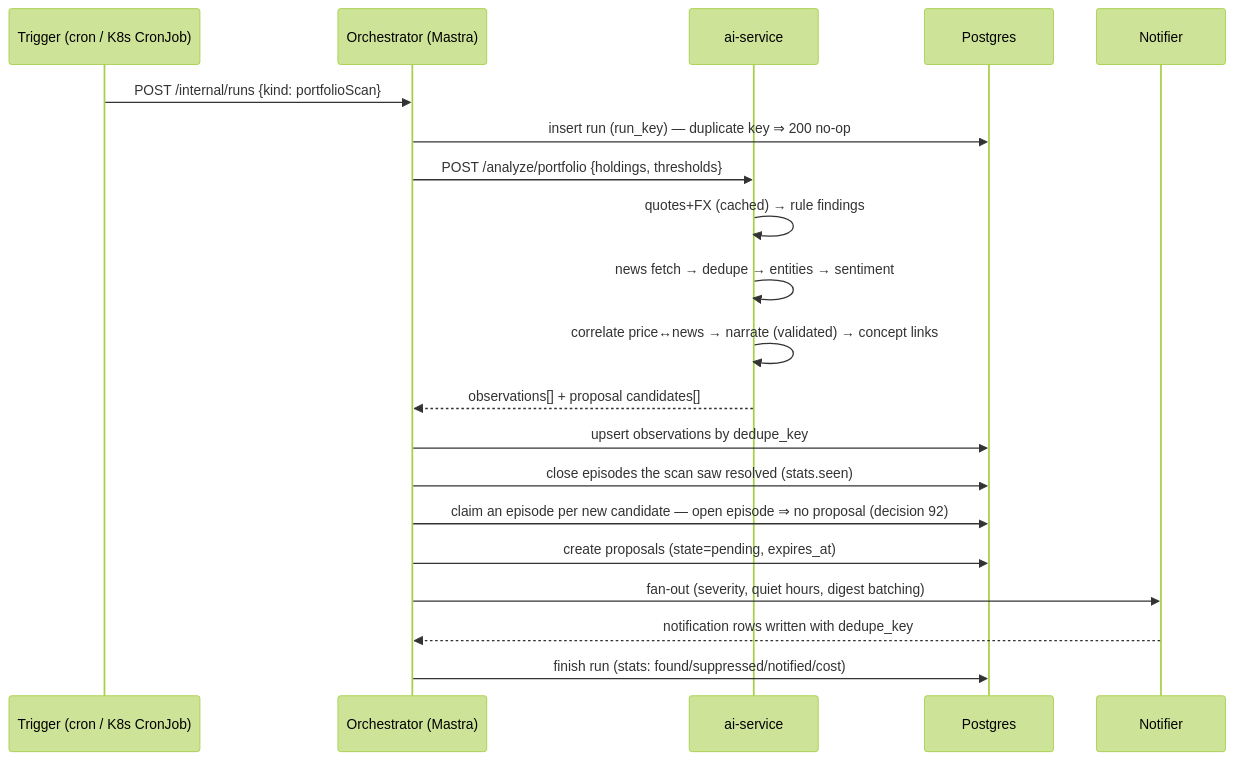
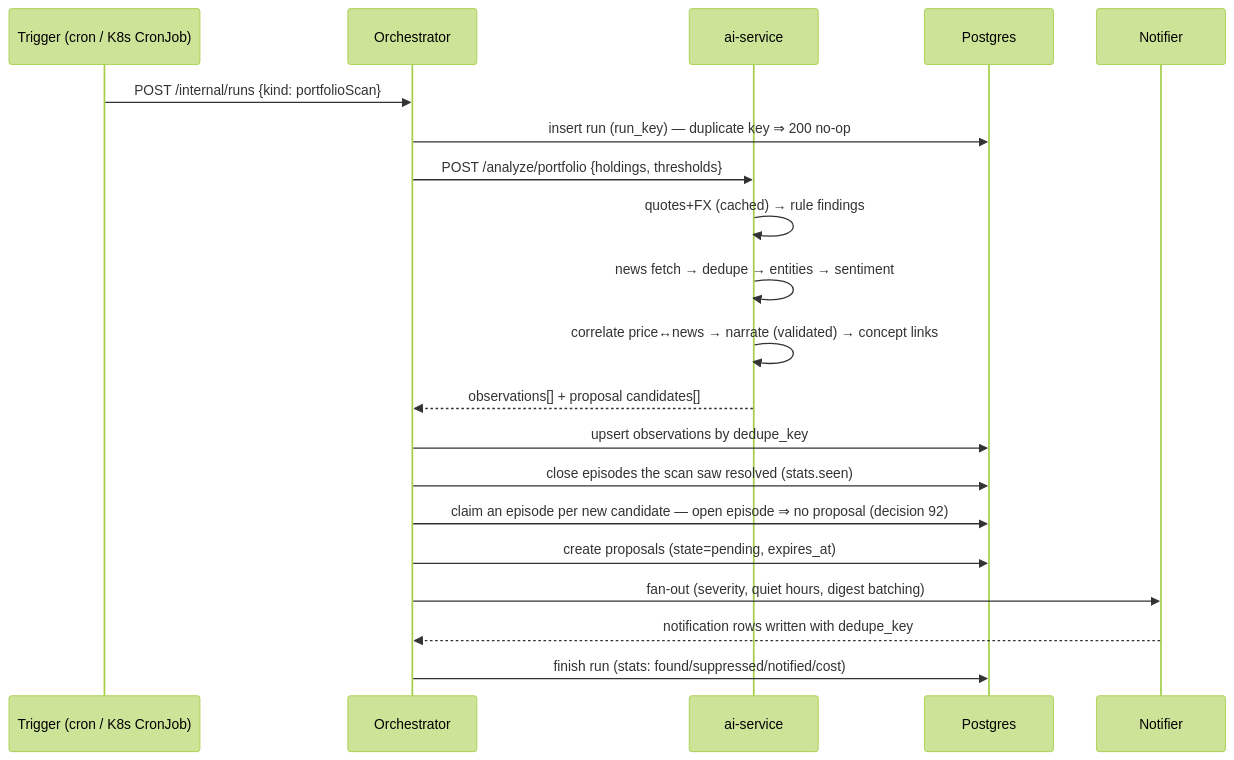
Before and after one commit to barakfisher/Trader: the second of 6 diagrams in docs/FLOWS.md, drawn with Mermaid (forest theme). The commit also changed 23 other files, not shown here.

````diff
--- a/docs/FLOWS.md
+++ b/docs/FLOWS.md
@@ -36,22 +36,22 @@
 ```mermaid
 sequenceDiagram
   participant T as Trigger (cron / K8s CronJob)
-  participant O as Orchestrator (Mastra)
+  participant O as Orchestrator
   participant A as ai-service
   participant DB as Postgres
   participant N as Notifier
   T->>O: POST /internal/runs {kind: portfolioScan}
   O->>DB: insert run (run_key) — duplicate key ⇒ 200 no-op
   O->>A: POST /analyze/portfolio {holdings, thresholds}
   A->>A: quotes+FX (cached) → rule findings
   A->>A: news fetch → dedupe → entities → sentiment
   A->>A: correlate price↔news → narrate (validated) → concept links
   A-->>O: observations[] + proposal candidates[]
   O->>DB: upsert observations by dedupe_key
   O->>DB: close episodes the scan saw resolved (stats.seen)
   O->>DB: claim an episode per new candidate — open episode ⇒ no proposal (decision 92)
   O->>DB: create proposals (state=pending, expires_at)
   O->>N: fan-out (severity, quiet hours, digest batching)
   N-->>O: notification rows written with dedupe_key
   O->>DB: finish run (stats: found/suppressed/notified/cost)
 ```
````
